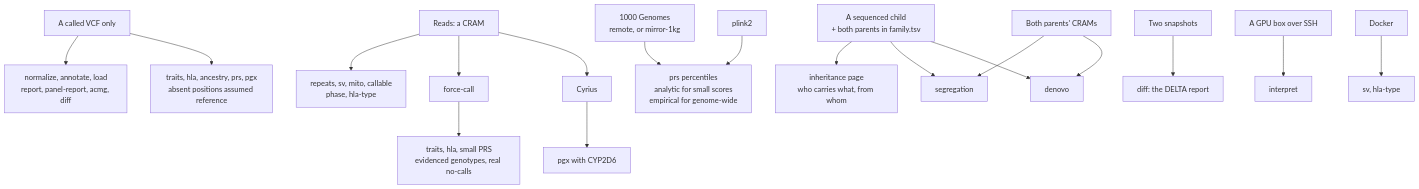
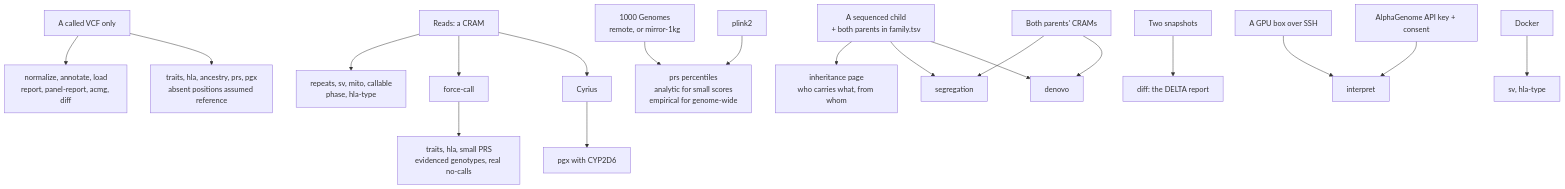
The sixth of 7 diagrams in docs/architecture.md (pgodlews/genome-ledger), drawn with Mermaid before and after one commit. The commit also changed other lines of this file and 29 other files, not shown here.

First line of the commit message:
Add AlphaGenome 2 as an opt-in interpret backend

````diff
--- a/docs/architecture.md
+++ b/docs/architecture.md
@@ -356,19 +356,20 @@
 ```mermaid
 flowchart TD
     VCFONLY["A called VCF only"] --> CORE["normalize, annotate, load<br/>report, panel-report, acmg, diff"]
     VCFONLY --> LOOK["traits, hla, ancestry, prs, pgx<br/>absent positions assumed reference"]
     HASCRAM["Reads: a CRAM"] --> READS["repeats, sv, mito, callable<br/>phase, hla-type"]
     HASCRAM --> FC["force-call"]
     FC --> RIGOR["traits, hla, small PRS<br/>evidenced genotypes, real no-calls"]
     HASCRAM --> CYR["Cyrius"] --> PGXD["pgx with CYP2D6"]
     KG["1000 Genomes<br/>remote, or mirror-1kg"] --> PCT["prs percentiles<br/>analytic for small scores<br/>empirical for genome-wide"]
     PLINK["plink2"] --> PCT
     TRIO["A sequenced child<br/>+ both parents in family.tsv"] --> INH["inheritance page<br/>who carries what, from whom"]
     PCRAMS["Both parents' CRAMs"] --> SEG["segregation"]
     PCRAMS --> DN["denovo"]
     TRIO --> SEG
     TRIO --> DN
     TWO["Two snapshots"] --> DELTA["diff: the DELTA report"]
     GPU["A GPU box over SSH"] --> REG["interpret"]
+    AGAPI["AlphaGenome API key + consent"] --> REG
     DOCKER["Docker"] --> DSV["sv, hla-type"]
 ```
````
